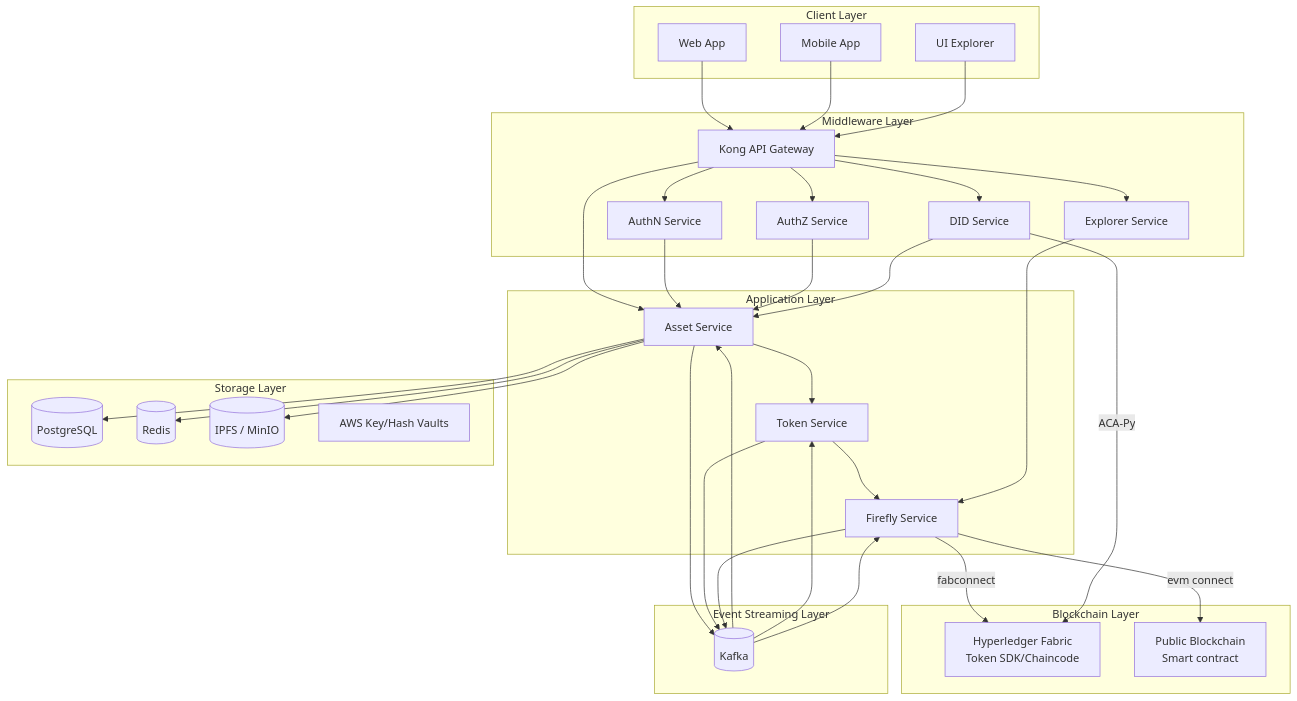
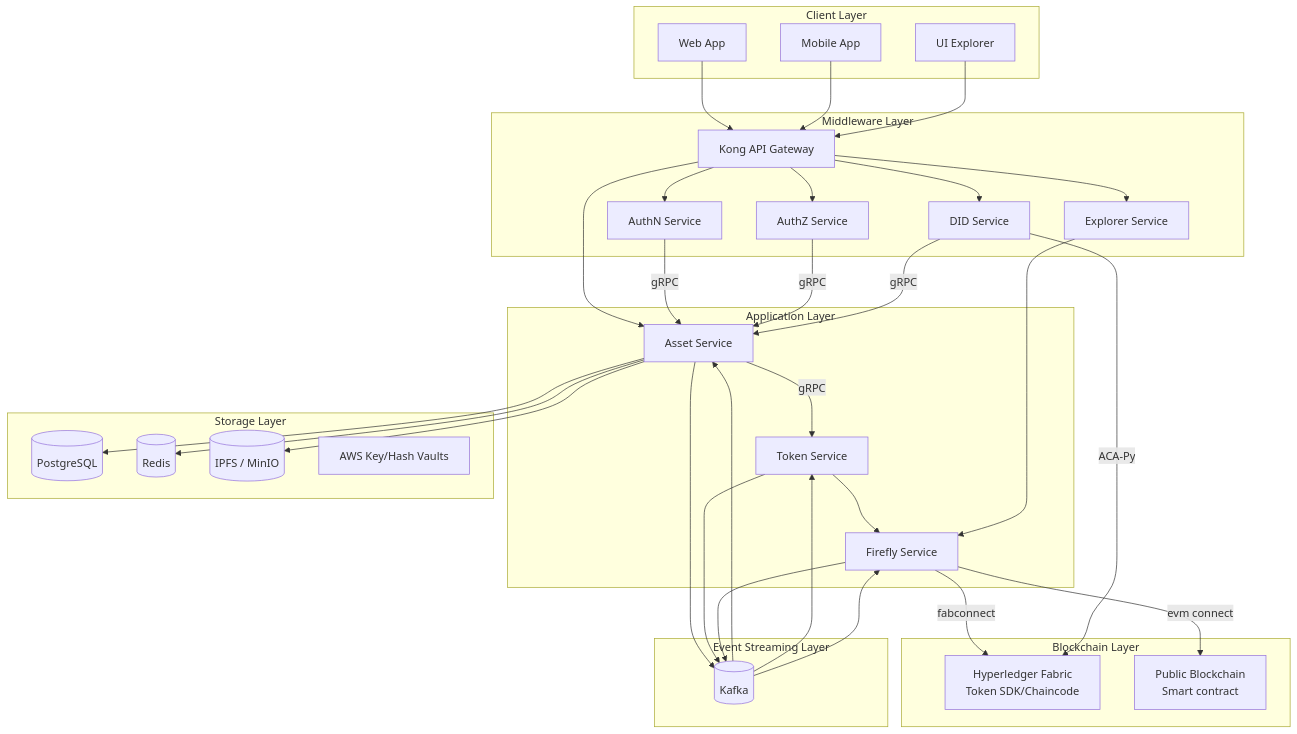
The first of 4 diagrams in docs/architecture-design.en.md (metafi-blockchain/metafi-digital-assets-service), drawn with Mermaid before and after one commit.

````diff
--- a/docs/architecture-design.en.md
+++ b/docs/architecture-design.en.md
@@ -19,73 +19,73 @@
 ```mermaid
 graph TD
     subgraph "Client Layer"
         Web[Web App]
         Mobile[Mobile App]
         Explorer[UI Explorer]
     end
 
     subgraph "Middleware Layer"
         Gateway[Kong API Gateway]
         AuthN[AuthN Service]
         AuthZ[AuthZ Service]
         DID["DID Service"]
         ExplorerService[Explorer Service]
     end
 
     subgraph "Application Layer"
         Asset[Asset Service]
         Token[Token Service]
         Firefly[Firefly Service]
 
     end
 
     subgraph "Blockchain Layer"
         Fabric["Hyperledger Fabric<br/>Token SDK/Chaincode"]
         PublicChain[Public Blockchain<br/>  Smart contract]
     end
 
     subgraph "Storage Layer"
         DB[(PostgreSQL)]
         Cache[(Redis)]
         Storage[(IPFS / MinIO)]
         KeyVaults[AWS Key/Hash Vaults]
     end
 
     subgraph "Event Streaming Layer"
         Kafka[(Kafka)]
     end
 
     Web --> Gateway
     Mobile --> Gateway
     Explorer --> Gateway
 
     Gateway --> AuthN
     Gateway --> AuthZ
     Gateway --> Asset
     Gateway --> DID
 
     Gateway --> ExplorerService
 
-    AuthN --> Asset
-    AuthZ --> Asset
-    DID --> Asset
+    AuthN --> |gRPC|Asset
+    AuthZ -->|gRPC|Asset
+    DID --> |gRPC|Asset
 
-    Asset --> Token
+    Asset --> |gRPC|Token
     Token --> Firefly
     Firefly --> |fabconnect| Fabric
     Firefly --> |evm connect| PublicChain
 
     Asset --> DB
     Asset --> Cache
     Asset --> Storage
     DID -->|ACA-Py| Fabric
 
     Asset --> Kafka
     Kafka --> Asset
     Token --> Kafka
     Kafka --> Token
     Firefly --> Kafka
     Kafka --> Firefly
 
     ExplorerService --> Firefly
 ```
````
